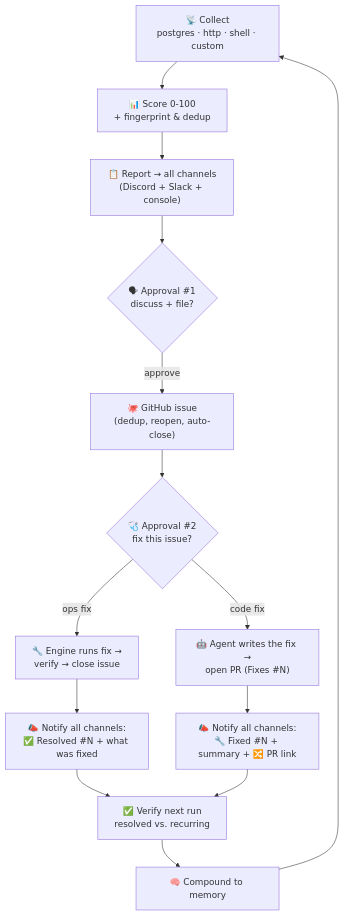
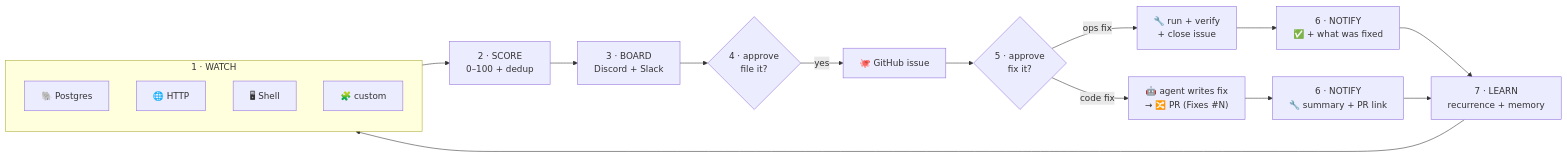
One commit to ankit4479/health-check-plugin changed the first of 4 diagrams in README.md. Above: the diagram before and after it, drawn with Mermaid. The commit also changed other lines of this file and 17 other files, not shown here.

First line of the commit message:
Add autonomous scheduling, 24/7 interactive bot, setup wizard, graphical README

````diff
--- a/README.md
+++ b/README.md
@@ -24,16 +18,22 @@
 ```mermaid
-flowchart TB
-    C["📡 Collect<br/>postgres · http · shell · custom"] --> S["📊 Score 0-100<br/>+ fingerprint & dedup"]
-    S --> R["📋 Report → all channels<br/>(Discord + Slack + console)"]
-    R --> D1{"🗣 Approval #1<br/>discuss + file?"}
-    D1 -->|approve| G["🐙 GitHub issue<br/>(dedup, reopen, auto-close)"]
-    G --> D2{"🩺 Approval #2<br/>fix this issue?"}
-    D2 -->|"ops fix"| H["🔧 Engine runs fix →<br/>verify → close issue"]
-    D2 -->|"code fix"| A["🤖 Agent writes the fix →<br/>open PR (Fixes #N)"]
-    H --> N["📣 Notify all channels:<br/>✅ Resolved #N + what was fixed"]
-    A --> NP["📣 Notify all channels:<br/>🔧 Fixed #N + summary + 🔀 PR link"]
-    N --> V["✅ Verify next run<br/>resolved vs. recurring"]
-    NP --> V
-    V --> M["🧠 Compound to memory"]
-    M --> C
+flowchart LR
+    subgraph collect["1 · WATCH"]
+        direction TB
+        PG["🐘 Postgres"]
+        HTTP["🌐 HTTP"]
+        SH["🖥 Shell"]
+        X["🧩 custom"]
+    end
+    collect --> SCORE["2 · SCORE<br/>0–100 + dedup"]
+    SCORE --> BOARD["3 · BOARD<br/>Discord + Slack"]
+    BOARD --> GATE1{"4 · approve<br/>file it?"}
+    GATE1 -->|yes| ISSUE["🐙 GitHub issue"]
+    ISSUE --> GATE2{"5 · approve<br/>fix it?"}
+    GATE2 -->|ops fix| FIX["🔧 run + verify<br/>+ close issue"]
+    GATE2 -->|code fix| PR["🤖 agent writes fix<br/>→ 🔀 PR (Fixes #N)"]
+    FIX --> BACK["6 · NOTIFY<br/>✅ + what was fixed"]
+    PR --> BACK2["6 · NOTIFY<br/>🔧 summary + PR link"]
+    BACK --> LEARN["7 · LEARN<br/>recurrence + memory"]
+    BACK2 --> LEARN
+    LEARN --> collect
 ```
````
